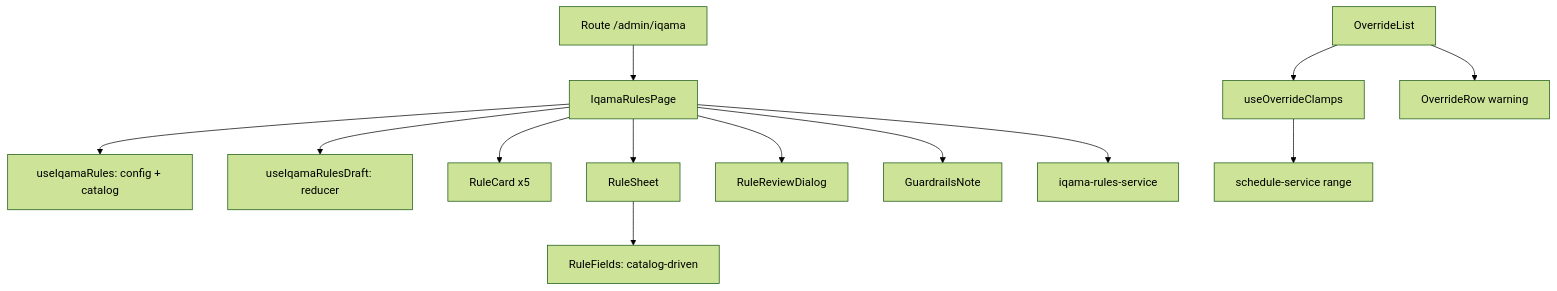
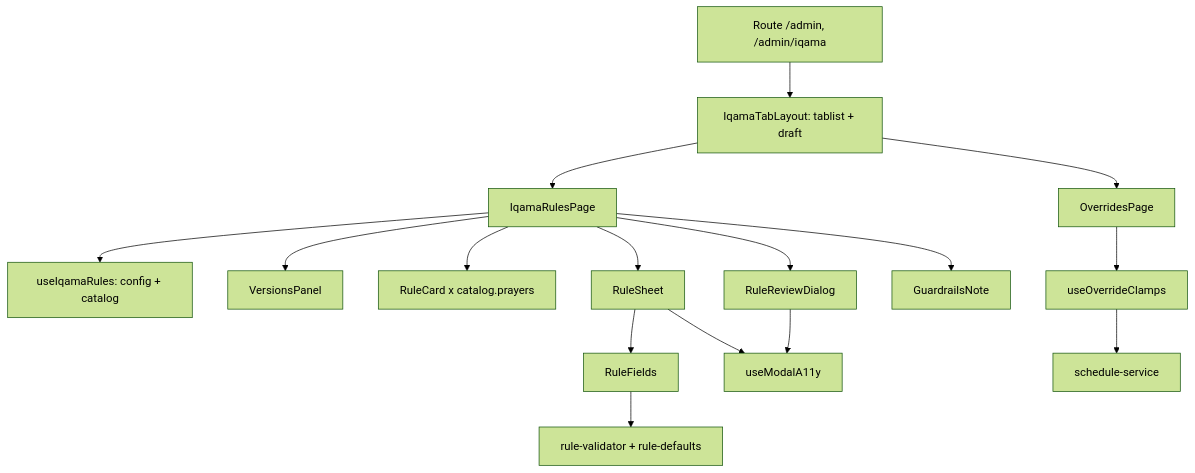
One commit to abudayah/iqama-ui changed the diagram in .kiro/specs/iqama-rules-admin/design.md. Above: the diagram before and after it, drawn with Mermaid (forest theme). The commit also changed other lines of this file and 4 other files, not shown here.

````diff
--- a/.kiro/specs/iqama-rules-admin/design.md
+++ b/.kiro/specs/iqama-rules-admin/design.md
@@ -20,14 +112,15 @@
 ```mermaid
 graph TD
-    R[Route /admin/iqama] --> P[IqamaRulesPage]
+    R[Route /admin, /admin/iqama] --> L[IqamaTabLayout: tablist + draft]
+    L --> O[OverridesPage]
+    L --> P[IqamaRulesPage]
     P --> H1[useIqamaRules: config + catalog]
-    P --> H2[useIqamaRulesDraft: reducer]
-    P --> C[RuleCard x5]
-    P --> S[RuleSheet]
-    S --> F[RuleFields: catalog-driven]
+    P --> V[VersionsPanel]
+    P --> C[RuleCard x catalog.prayers]
+    P --> S[RuleSheet] --> F[RuleFields] --> RV[rule-validator + rule-defaults]
     P --> D[RuleReviewDialog]
     P --> G[GuardrailsNote]
-    P --> SVC[iqama-rules-service]
-    OL[OverrideList] --> OC[useOverrideClamps] --> SS[schedule-service range]
-    OL --> OR[OverrideRow warning]
+    S --> A[useModalA11y]
+    D --> A
+    O --> OC[useOverrideClamps] --> SS[schedule-service]
 ```
````
